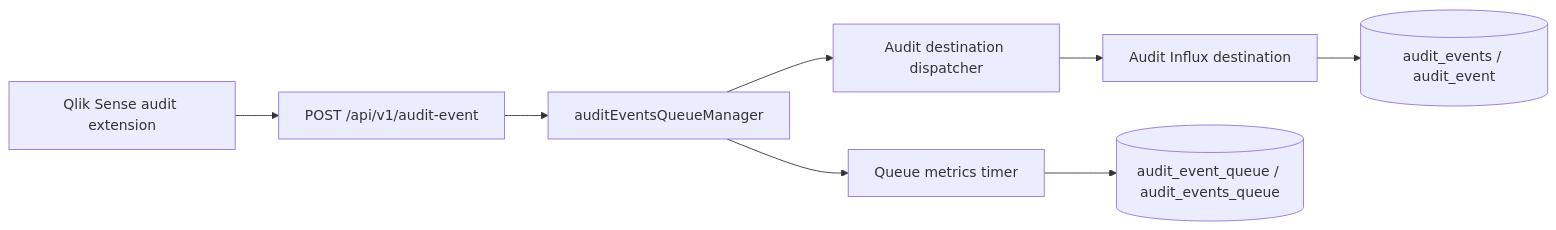
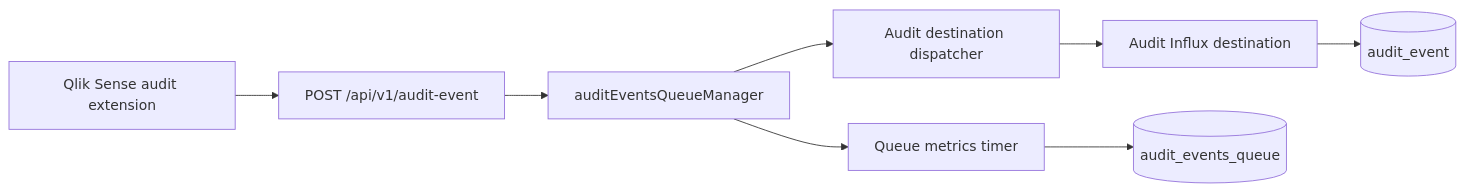
One commit to ptarmiganlabs/butler-sos changed the diagram in docs/audit.qs/AUDIT_EVENTS_INFLUXDB_DATA_MODEL.md. Above: the diagram before and after it, drawn with Mermaid. The commit also changed other lines of this file, not shown here.

````diff
--- a/docs/audit.qs/AUDIT_EVENTS_INFLUXDB_DATA_MODEL.md
+++ b/docs/audit.qs/AUDIT_EVENTS_INFLUXDB_DATA_MODEL.md
@@ -12,11 +12,11 @@
 ```mermaid
 flowchart LR
     EXT["Qlik Sense audit extension"] --> API["POST /api/v1/audit-event"]
     API --> QUEUE["auditEventsQueueManager"]
     QUEUE --> DISPATCH["Audit destination dispatcher"]
     DISPATCH --> AUDIT["Audit Influx destination"]
-    AUDIT --> M1[("audit_events / audit_event")]
+    AUDIT --> M1[("audit_event")]
 
     QUEUE --> METRICS["Queue metrics timer"]
-    METRICS --> M2[("audit_event_queue / audit_events_queue")]
+    METRICS --> M2[("audit_events_queue")]
 ```
````
